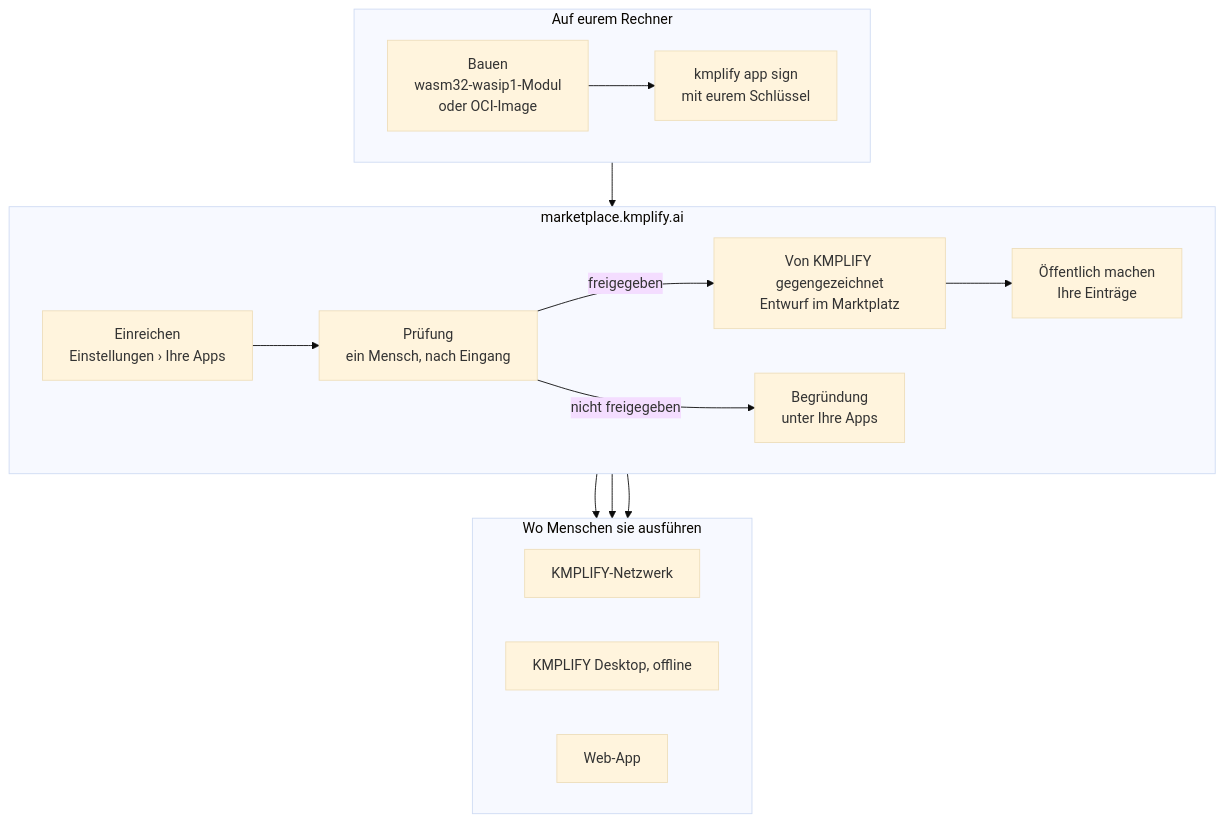
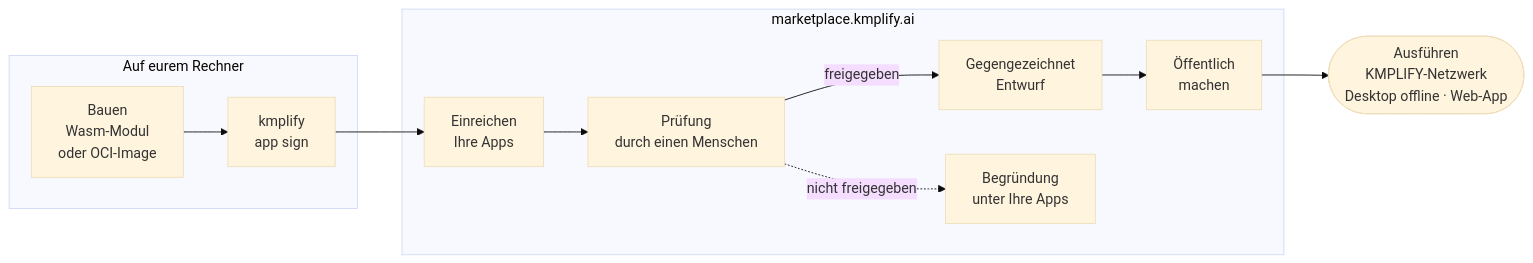
One commit to kmplify/kmplify-dev-sdk changed the first of 3 diagrams in README.de.md. Above: the diagram before and after it, drawn with Mermaid (base theme). The commit also changed 1 other file, not shown here.

Commit message:
:art: README: compact How it works diagram (left to right, one run node)

````diff
--- a/README.de.md
+++ b/README.de.md
@@ -77,22 +77,14 @@
 ```mermaid
-flowchart TB
+flowchart LR
     subgraph you["Auf eurem Rechner"]
-        direction LR
-        A["Bauen<br/>wasm32-wasip1-Modul<br/>oder OCI-Image"] --> B["kmplify app sign<br/>mit eurem Schlüssel"]
+        A["Bauen<br/>Wasm-Modul<br/>oder OCI-Image"] --> B["kmplify<br/>app sign"]
     end
     subgraph mp["marketplace.kmplify.ai"]
-        direction LR
-        C["Einreichen<br/>Einstellungen › Ihre Apps"] --> D["Prüfung<br/>ein Mensch, nach Eingang"]
-        D -->|freigegeben| E["Von KMPLIFY gegengezeichnet<br/>Entwurf im Marktplatz"]
-        E --> F["Öffentlich machen<br/>Ihre Einträge"]
-        D -->|nicht freigegeben| R["Begründung<br/>unter Ihre Apps"]
-    end
-    subgraph run["Wo Menschen sie ausführen"]
-        direction LR
-        G["KMPLIFY-Netzwerk"]
-        H["KMPLIFY Desktop, offline"]
-        I["Web-App"]
+        C["Einreichen<br/>Ihre Apps"] --> D["Prüfung<br/>durch einen Menschen"]
+        D -->|freigegeben| E["Gegengezeichnet<br/>Entwurf"]
+        E --> F["Öffentlich<br/>machen"]
+        D -.->|nicht freigegeben| R["Begründung<br/>unter Ihre Apps"]
     end
     B --> C
-    F --> G & H & I
+    F --> G(["Ausführen<br/>KMPLIFY-Netzwerk<br/>Desktop offline · Web-App"])
 ```
````
